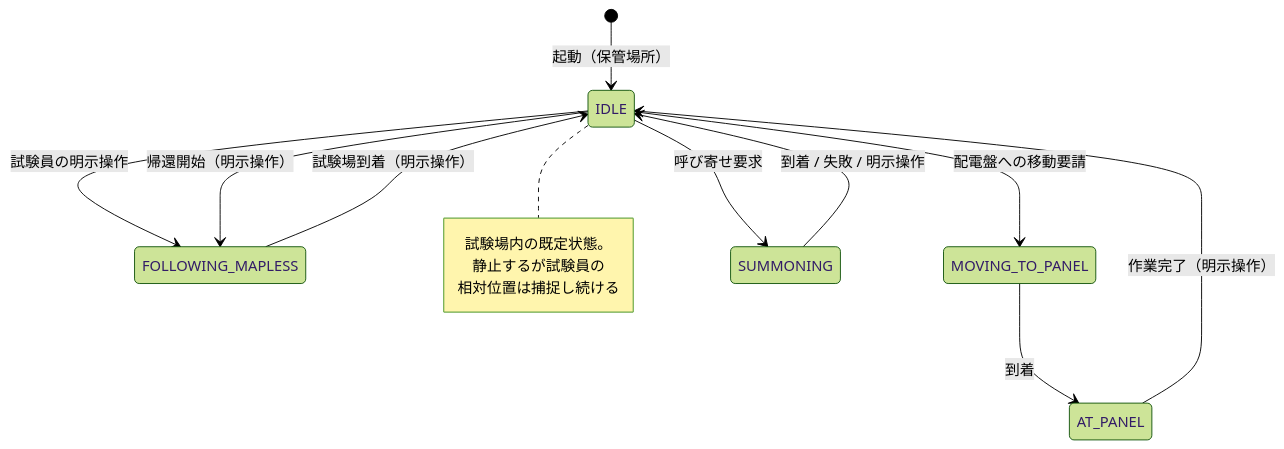
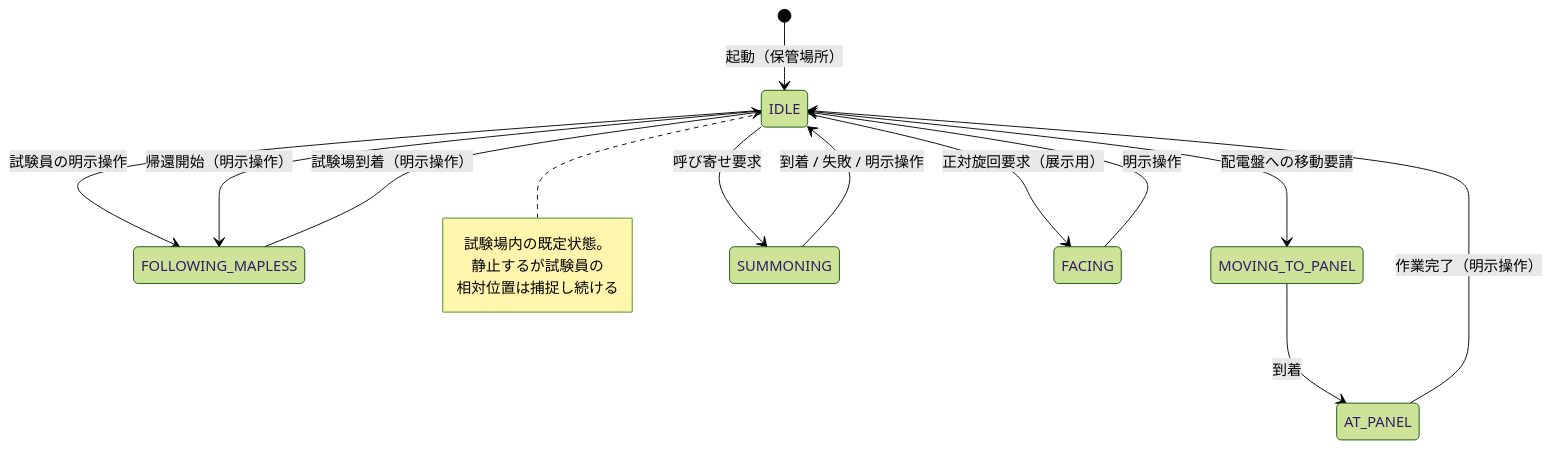
Before and after one commit to TAKA-MEER/th-system: the diagram in VISION.md, drawn with Mermaid (forest theme). The commit also changed other lines of this file and 15 other files, not shown here.

````diff
--- a/VISION.md
+++ b/VISION.md
@@ -33,17 +33,19 @@
 ```mermaid
 stateDiagram-v2
     [*] --> IDLE : 起動（保管場所）
     IDLE --> FOLLOWING_MAPLESS : 試験員の明示操作
     FOLLOWING_MAPLESS --> IDLE : 試験場到着（明示操作）
     IDLE --> MOVING_TO_PANEL : 配電盤への移動要請
     MOVING_TO_PANEL --> AT_PANEL : 到着
     AT_PANEL --> IDLE : 作業完了（明示操作）
     IDLE --> FOLLOWING_MAPLESS : 帰還開始（明示操作）
     IDLE --> SUMMONING : 呼び寄せ要求
     SUMMONING --> IDLE : 到着 / 失敗 / 明示操作
+    IDLE --> FACING : 正対旋回要求（展示用）
+    FACING --> IDLE : 明示操作
     note right of IDLE
         試験場内の既定状態。
         静止するが試験員の
         相対位置は捕捉し続ける
     end note
 ```
````
